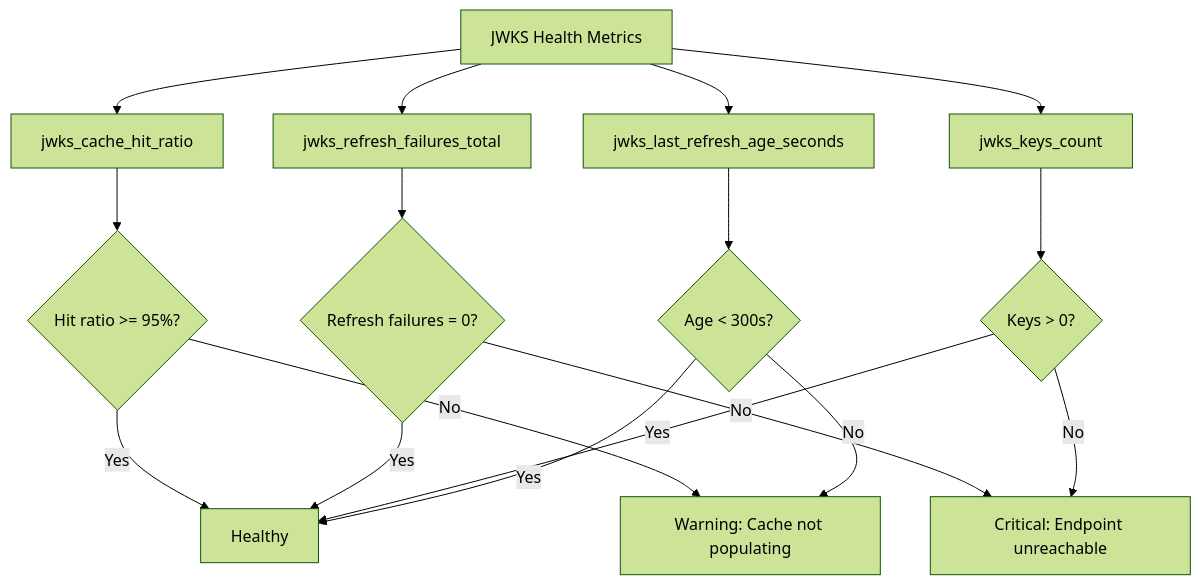
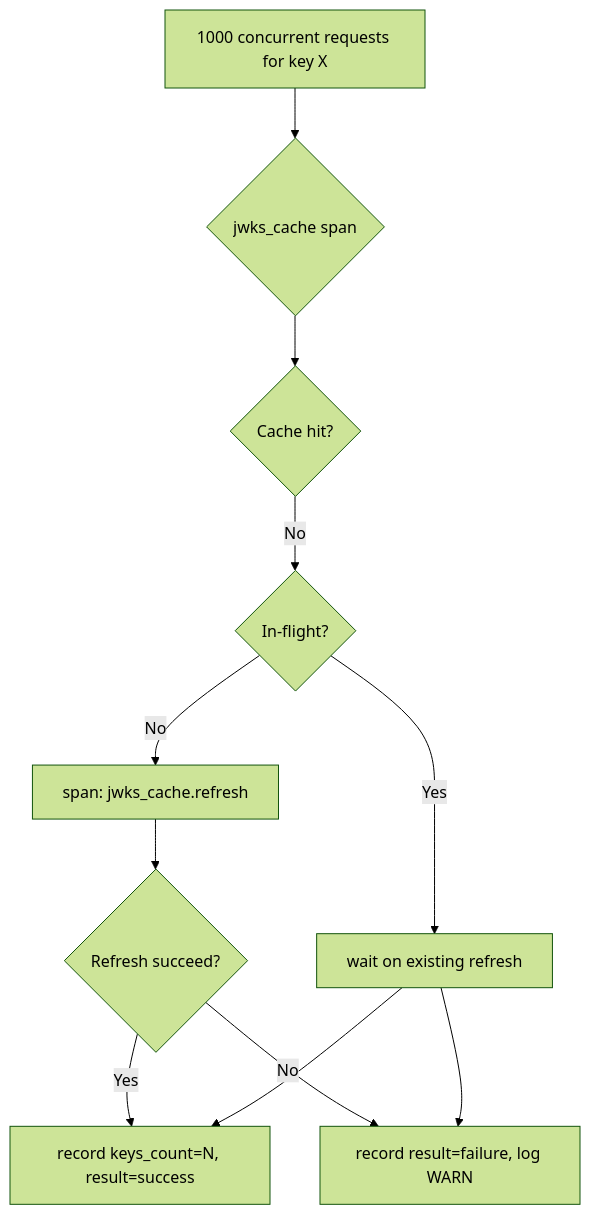
Before and after one commit to microscaler/sesame-idam: the second of 2 diagrams in docs/Epics/09-observability/stories/story-9.2.md, drawn with Mermaid (forest theme). The commit also changed other lines of this file and 2 other files, not shown here.

````diff
--- a/docs/Epics/09-observability/stories/story-9.2.md
+++ b/docs/Epics/09-observability/stories/story-9.2.md
@@ -145,23 +148,13 @@
 ```mermaid
 flowchart TD
-    A[JWKS Health Metrics] --> B[jwks_cache_hit_ratio]
-    A --> C[jwks_refresh_failures_total]
-    A --> D[jwks_keys_count]
-    A --> E[jwks_last_refresh_age_seconds]
-    
-    B --> F{Hit ratio >= 95%?}
-    F -->|Yes| G[Healthy]
-    F -->|No| H[Warning: Cache not populating]
-    
-    C --> I{Refresh failures = 0?}
-    I -->|Yes| G
-    I -->|No| J[Critical: Endpoint unreachable]
-    
-    D --> K{Keys > 0?}
-    K -->|Yes| G
-    K -->|No| J
-    
-    E --> L{Age < 300s?}
-    L -->|Yes| G
-    L -->|No| H
+    A[1000 concurrent requests for key X] --> B{jwks_cache span}
+    B --> C{Cache hit?}
+    C -->|No| D{In-flight?}
+    D -->|No| E[span: jwks_cache.refresh]
+    D -->|Yes| F[wait on existing refresh]
+    E --> G{Refresh succeed?}
+    G -->|Yes| H[record keys_count=N, result=success]
+    G -->|No| I[record result=failure, log WARN]
+    F --> H
+    F --> I
 ```
````
